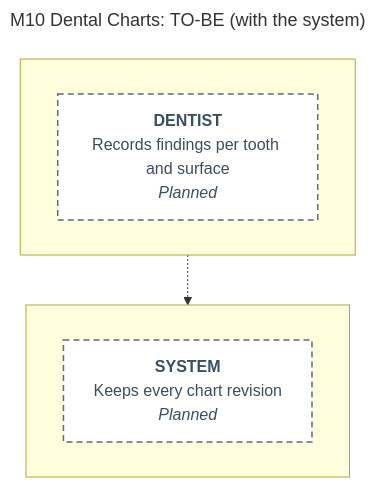
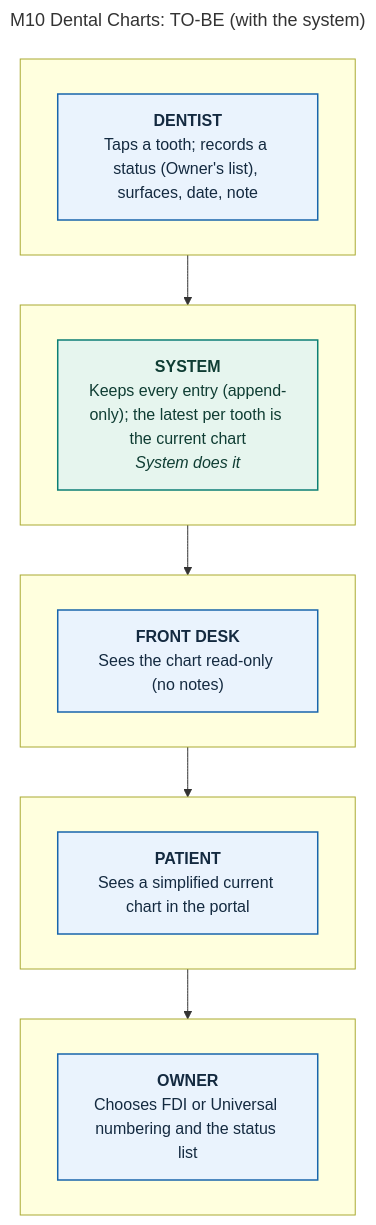
Before and after one commit to 0phem/multibranch-dental-clinic: the diagram in docs/defense/diagrams/M10-dental-charts-to-be.mmd, drawn with Mermaid. The commit also changed 12 other files, not shown here.

Commit message:
docs: M10 implemented — status, TO-BE diagram and process PDF, demo moment 3i, pitch, open item 32, pending migration (item 19)

```diff
--- a/docs/defense/diagrams/M10-dental-charts-to-be.mmd
+++ b/docs/defense/diagrams/M10-dental-charts-to-be.mmd
@@ -1,19 +1,34 @@
 ---
 title: "M10 Dental Charts: TO-BE (with the system)"
 ---
 flowchart TB
+    subgraph L0[" "]
+    direction LR
+      S3["<b>PATIENT</b><br/>Sees a simplified current chart in the portal"]:::manual
+    end
+    subgraph L1[" "]
+    direction LR
+      S2["<b>FRONT DESK</b><br/>Sees the chart read-only (no notes)"]:::manual
+    end
     subgraph L2[" "]
     direction LR
-      S0["<b>DENTIST</b><br/>Records findings per tooth and surface<br/><i>Planned</i>"]:::planned
+      S0["<b>DENTIST</b><br/>Taps a tooth; records a status (Owner's list), surfaces, date, note"]:::manual
+    end
+    subgraph L3[" "]
+    direction LR
+      S4["<b>OWNER</b><br/>Chooses FDI or Universal numbering and the status list"]:::manual
     end
     subgraph L4[" "]
     direction LR
-      S1["<b>SYSTEM</b><br/>Keeps every chart revision<br/><i>Planned</i>"]:::planned
+      S1["<b>SYSTEM</b><br/>Keeps every entry (append-only); the latest per tooth is the current chart<br/><i>System does it</i>"]:::auto
     end
-    S0 -.-> S1
+    S0 --> S1
+    S1 --> S2
+    S2 --> S3
+    S3 --> S4
     classDef cited fill:#eaf3fd,stroke:#1865ac,color:#142a40,stroke-width:1.5px
     classDef confirm fill:#fffaf0,stroke:#b26a00,color:#5e3c00,stroke-width:1.5px,stroke-dasharray:6 4
     classDef auto fill:#e6f5ee,stroke:#0c7f75,color:#0f3d33,stroke-width:1.5px
     classDef manual fill:#eaf3fd,stroke:#1865ac,color:#142a40,stroke-width:1.5px
     classDef mock fill:#f3f5f7,stroke:#5a6b7d,color:#3a4e63,stroke-width:1.5px,stroke-dasharray:3 3
     classDef planned fill:#ffffff,stroke:#5a6b7d,color:#3a4e63,stroke-width:1.5px,stroke-dasharray:6 4
```
